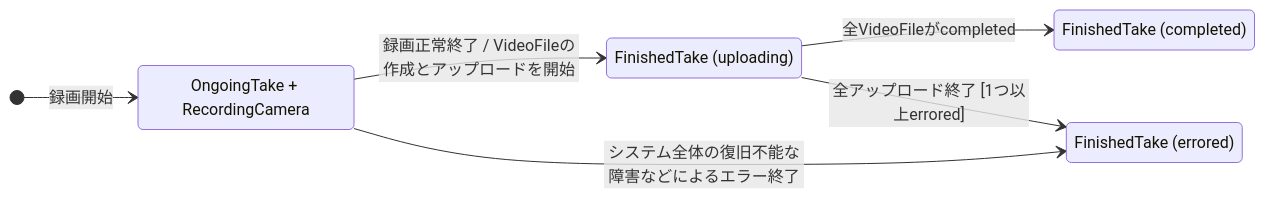
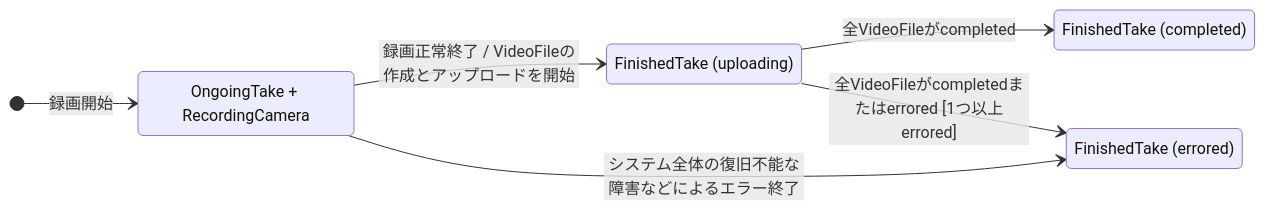
The third of 3 diagrams in docs/requirements-v2/14-specified-requirements/05-logical-database-requirements/logical-database-requirements.md (traP-jp/kinugasa-recording), drawn with Mermaid before and after one commit. The commit also changed other lines of this file and 6 other files, not shown here.

````diff
--- a/docs/requirements-v2/14-specified-requirements/05-logical-database-requirements/logical-database-requirements.md
+++ b/docs/requirements-v2/14-specified-requirements/05-logical-database-requirements/logical-database-requirements.md
@@ -143,14 +144,14 @@
 ```mermaid
 stateDiagram-v2
     direction LR
     state "OngoingTake + RecordingCamera" as Ongoing
     state "FinishedTake (uploading)" as Uploading
     state "FinishedTake (completed)" as Completed
     state "FinishedTake (errored)" as Errored
 
     [*] --> Ongoing : 録画開始
     Ongoing --> Uploading : 録画正常終了 / VideoFileの作成とアップロードを開始
     Ongoing --> Errored : システム全体の復旧不能な障害などによるエラー終了
     Uploading --> Completed : 全VideoFileがcompleted
-    Uploading --> Errored : 全アップロード終了 [1つ以上errored]
+    Uploading --> Errored : 全VideoFileがcompletedまたはerrored [1つ以上errored]
 ```
````
